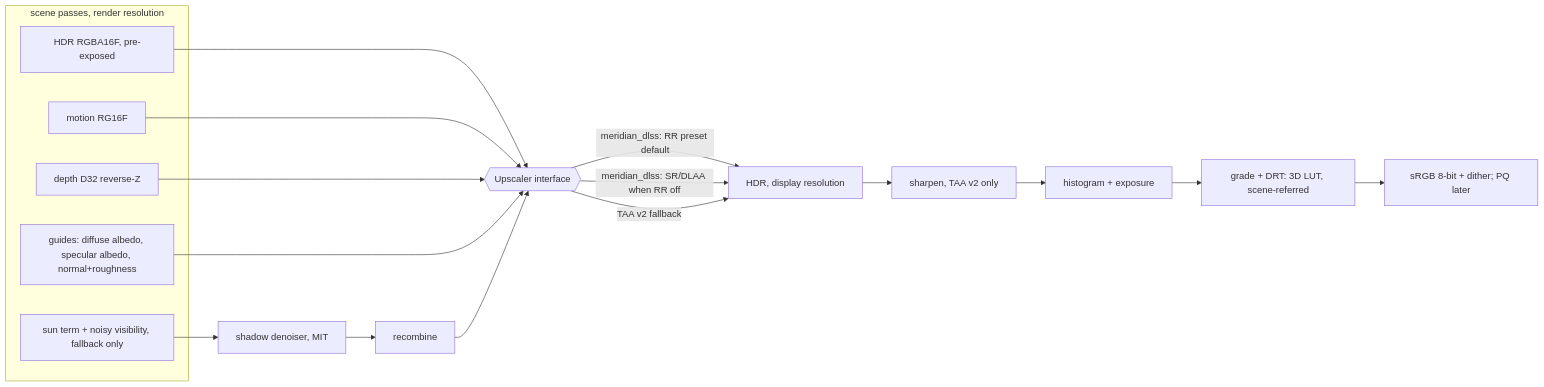
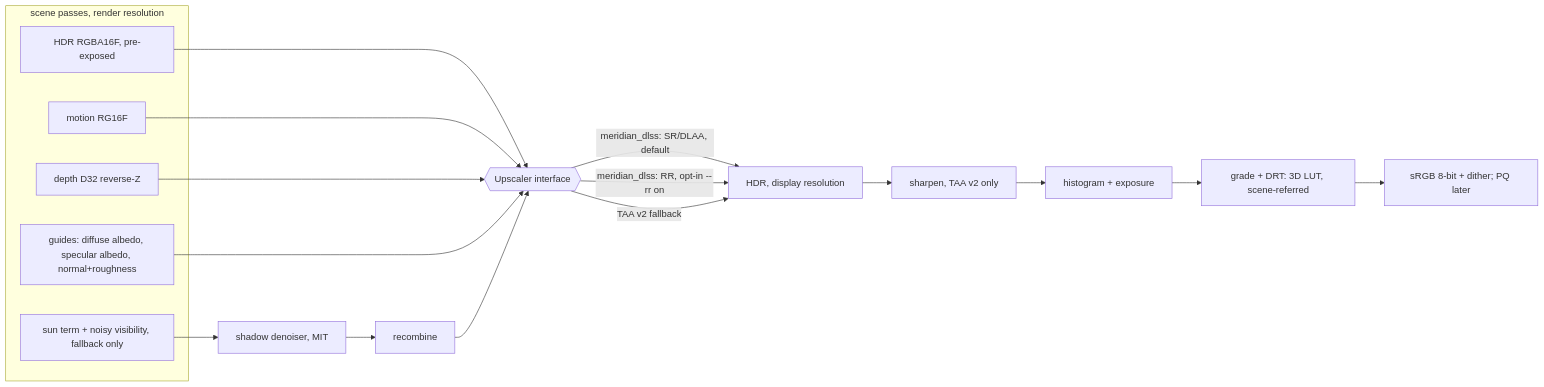
One commit to zye04/Meridian changed the diagram in docs/superpowers/specs/2026-11-20-motion-clarity-design.md. Above: the diagram before and after it, drawn with Mermaid. The commit also changed other lines of this file and 12 other files, not shown here.

````diff
--- a/docs/superpowers/specs/2026-11-20-motion-clarity-design.md
+++ b/docs/superpowers/specs/2026-11-20-motion-clarity-design.md
@@ -128,20 +128,20 @@
 ```mermaid
 flowchart LR
   subgraph Scene["scene passes, render resolution"]
     C[HDR RGBA16F, pre-exposed]
     MV[motion RG16F]
     D[depth D32 reverse-Z]
     GB[guides: diffuse albedo, specular albedo, normal+roughness]
     SUN[sun term + noisy visibility, fallback only]
   end
   C & MV & D --> UP{{Upscaler interface}}
   GB --> UP
-  UP -->|meridian_dlss: RR preset default| OUT[HDR, display resolution]
-  UP -->|meridian_dlss: SR/DLAA when RR off| OUT
+  UP -->|meridian_dlss: SR/DLAA, default| OUT[HDR, display resolution]
+  UP -->|meridian_dlss: RR, opt-in --rr on| OUT
   SUN --> SD[shadow denoiser, MIT] --> CMP[recombine] --> UP
   UP -->|TAA v2 fallback| OUT
   OUT --> SHP[sharpen, TAA v2 only]
   SHP --> EXP[histogram + exposure]
   EXP --> GR[grade + DRT: 3D LUT, scene-referred]
   GR --> ENC[sRGB 8-bit + dither; PQ later]
 ```
````
